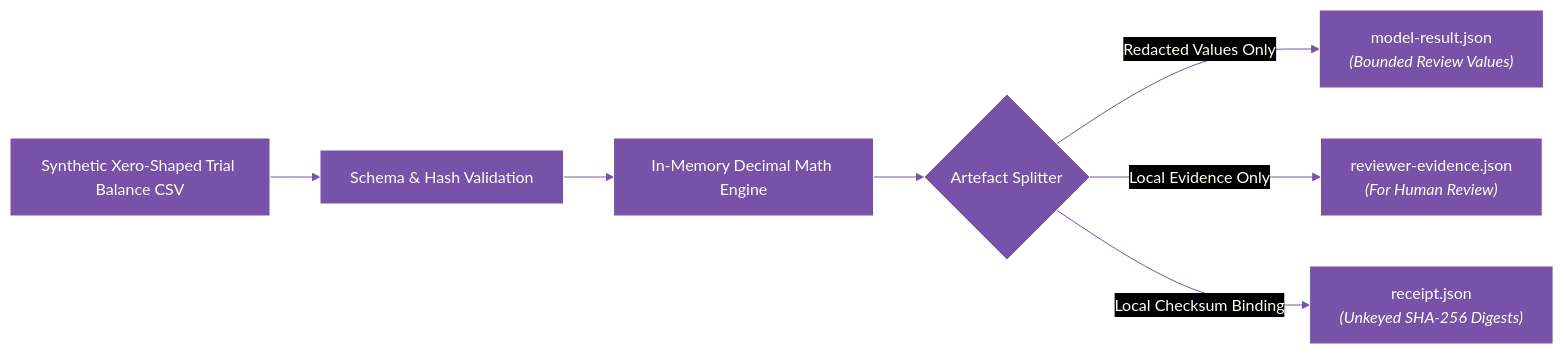
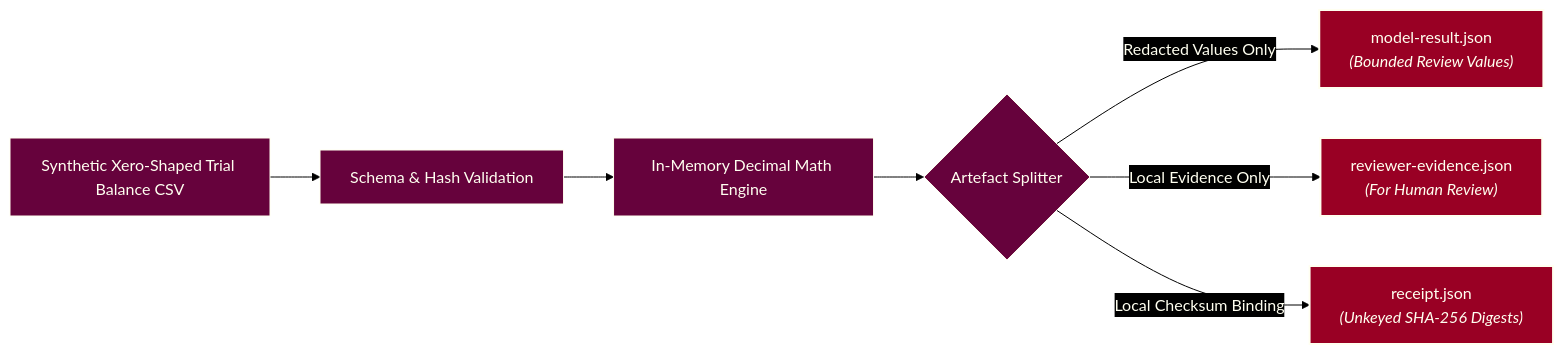
Before and after one commit to ryanduguid/accounting-review-pipeline: the diagram in packages/elizabeth-anne-alexander/DATA-FLOW.md, drawn with Mermaid. The commit also changed 4 other files, not shown here.

Commit message:
docs: match Mermaid diagrams to the website palette (#323)

````diff
--- a/packages/elizabeth-anne-alexander/DATA-FLOW.md
+++ b/packages/elizabeth-anne-alexander/DATA-FLOW.md
@@ -16,11 +16,14 @@
 ```mermaid
 flowchart LR
-%%{init: {"theme": "base", "themeVariables": {"background": "#000000", "primaryColor": "#7851A9", "primaryTextColor": "#FFFFF0", "primaryBorderColor": "#FFFFF0", "lineColor": "#7851A9", "textColor": "#FFFFF0", "edgeLabelBackground": "#000000", "clusterBkg": "#000000", "clusterBorder": "#7851A9", "titleColor": "#FFFFF0"}}}%%
+%%{init: {"theme": "base", "themeVariables": {"background": "#000000", "primaryColor": "#66023C", "primaryTextColor": "#FFFFF0", "primaryBorderColor": "#FFFFF0", "lineColor": "#000000", "textColor": "#FFFFF0", "edgeLabelBackground": "#000000", "clusterBkg": "#000000", "clusterBorder": "#FFFFF0", "titleColor": "#FFFFF0"}, "themeCSS": ".flowchart-link, .relationshipLine, marker path { filter: drop-shadow(0px 1px 0px #FFFFF0) drop-shadow(0px -1px 0px #FFFFF0) drop-shadow(1px 0px 0px #FFFFF0) drop-shadow(-1px 0px 0px #FFFFF0); }"}}%%
     Source["Synthetic Xero-Shaped Trial Balance CSV"] --> Ingestion["Schema & Hash Validation"]
     Ingestion --> Sandbox["In-Memory Decimal Math Engine"]
     Sandbox --> Split{"Artefact Splitter"}
     
     Split -->|Redacted Values Only| ModelArtifact["model-result.json<br/><i>(Bounded Review Values)</i>"]
     Split -->|Local Evidence Only| HumanArtifact["reviewer-evidence.json<br/><i>(For Human Review)</i>"]
     Split -->|Local Checksum Binding| Receipt["receipt.json<br/><i>(Unkeyed SHA-256 Digests)</i>"]
+    style ModelArtifact fill:#990024,stroke:#FFFFF0,stroke-width:2px,color:#FFFFF0
+    style HumanArtifact fill:#990024,stroke:#FFFFF0,stroke-width:2px,color:#FFFFF0
+    style Receipt fill:#990024,stroke:#FFFFF0,stroke-width:2px,color:#FFFFF0
 ```
````
